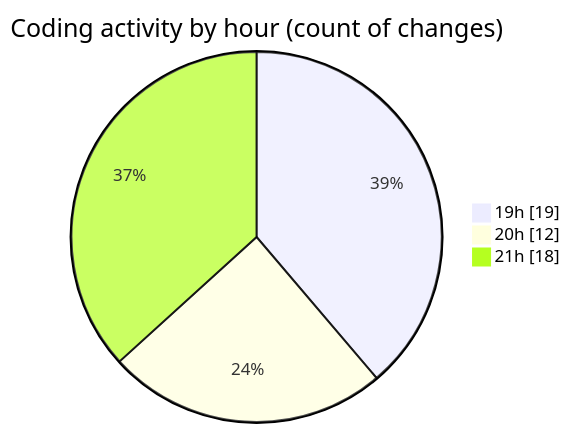
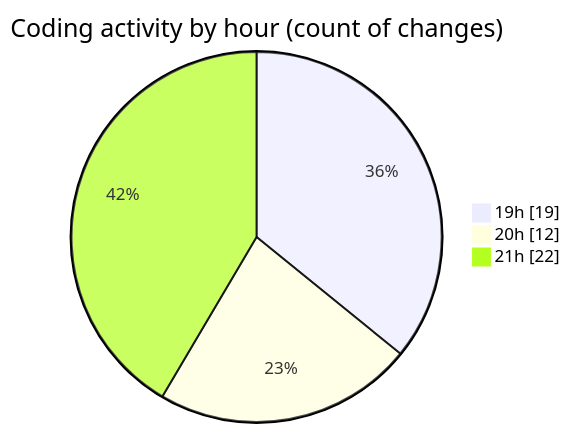
The second of 2 diagrams in 2025-07-28/quanlyrapchieuphim-2/README.md (lephambinh05/code-tracking), drawn with Mermaid before and after one commit. The commit also changed other lines of this file and 1 other file, not shown here.

````diff
--- a/2025-07-28/quanlyrapchieuphim-2/README.md
+++ b/2025-07-28/quanlyrapchieuphim-2/README.md
@@ -47,7 +49,7 @@
 ```mermaid
 pie showData
 title Coding activity by hour (count of changes)
 "19h" : 19
 "20h" : 12
-"21h" : 18
+"21h" : 22
 ```
````
